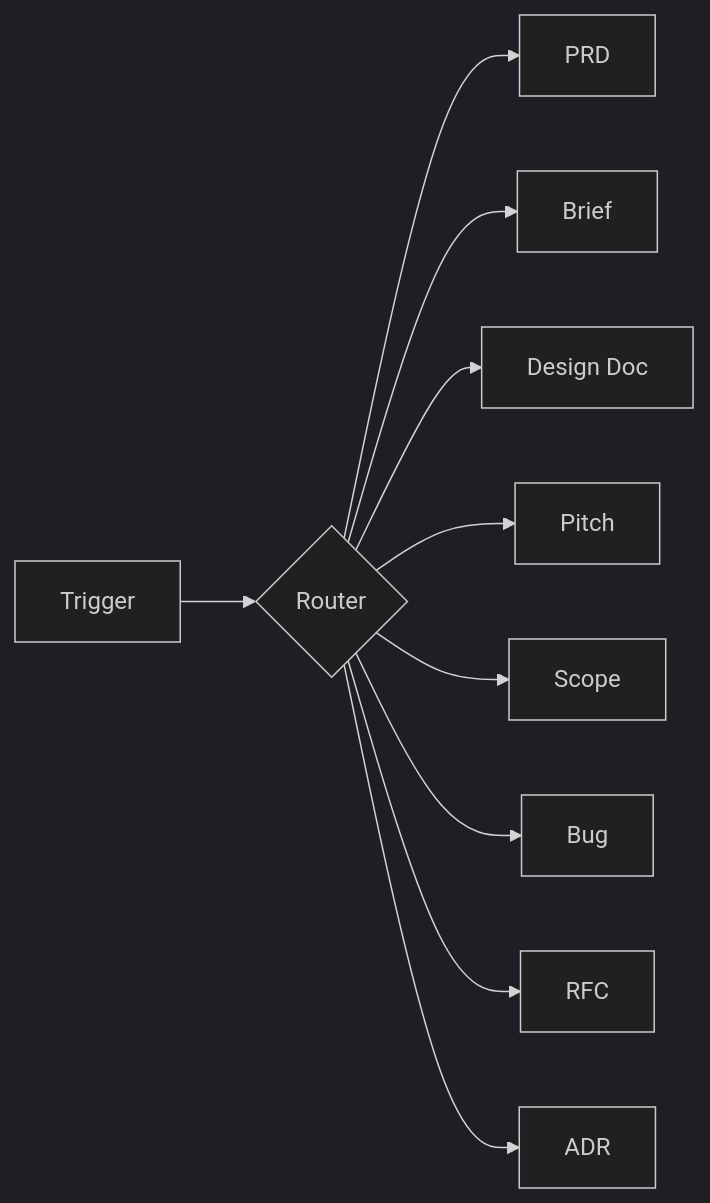
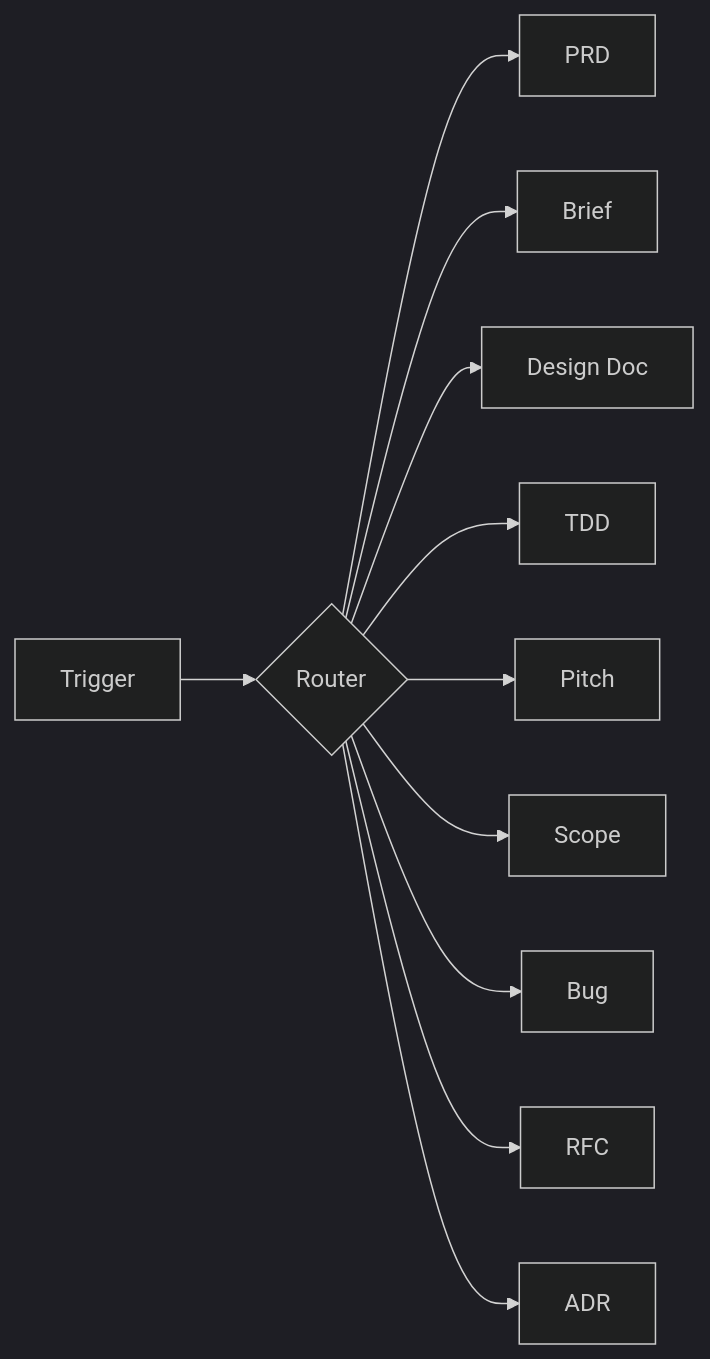
The diagram in skills/(product)/docs-writer/README.md (adeonir/agent-skills), drawn with Mermaid (dark theme) before and after one commit. The commit also changed other lines of this file and 5 other files, not shown here.

````diff
--- a/skills/(product)/docs-writer/README.md
+++ b/skills/(product)/docs-writer/README.md
@@ -15,12 +15,13 @@
 ```mermaid
 flowchart LR
     T[Trigger] --> R{Router}
     R --> PRD[PRD]
     R --> B[Brief]
     R --> DD[Design Doc]
+    R --> TDD[TDD]
     R --> P[Pitch]
     R --> S[Scope]
     R --> BG[Bug]
     R --> RFC[RFC]
     R --> ADR[ADR]
 ```
````
